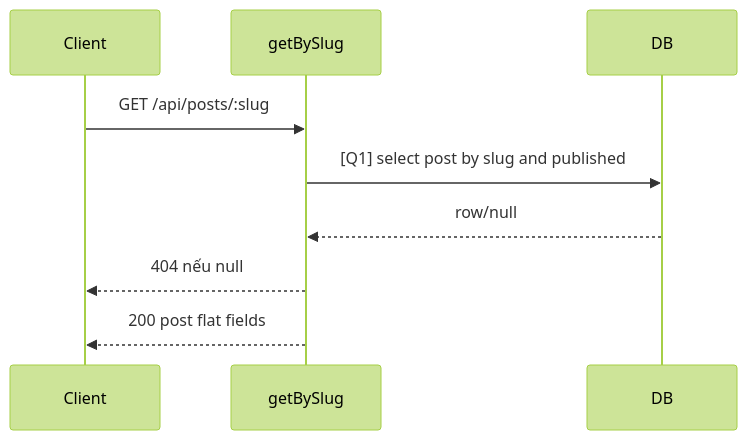
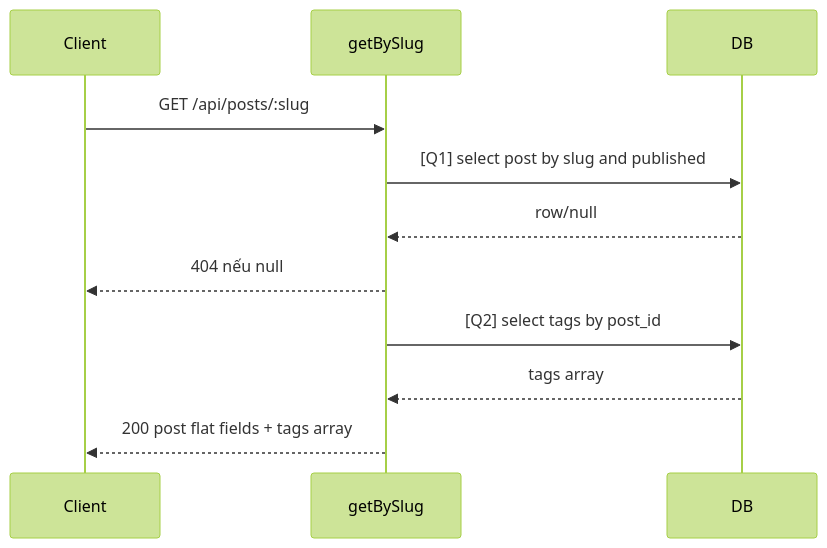
The diagram in demo_docs/api/[Design][API] API05_Posts_ChiTiet.md (pmduc97/demo_ai_workspace), drawn with Mermaid (forest theme) before and after one commit. The commit also changed other lines of this file and 42 other files, not shown here.

````diff
--- a/demo_docs/api/[Design][API] API05_Posts_ChiTiet.md
+++ b/demo_docs/api/[Design][API] API05_Posts_ChiTiet.md
@@ -74,11 +80,13 @@
 ```mermaid
 sequenceDiagram
   participant C as Client
   participant P as getBySlug
   participant DB as DB
   C->>P: GET /api/posts/:slug
   P->>DB: [Q1] select post by slug and published
   DB-->>P: row/null
   P-->>C: 404 nếu null
-  P-->>C: 200 post flat fields
+  P->>DB: [Q2] select tags by post_id
+  DB-->>P: tags array
+  P-->>C: 200 post flat fields + tags array
 ```
````
